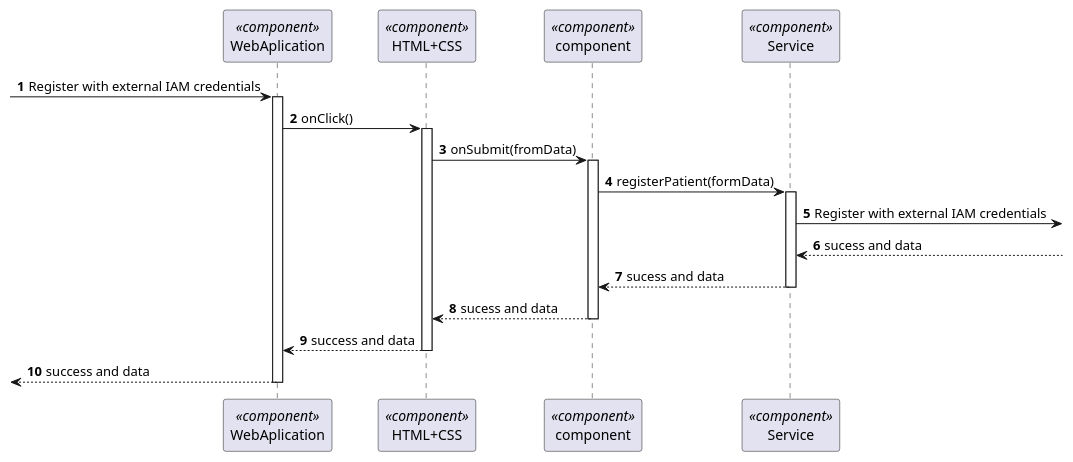
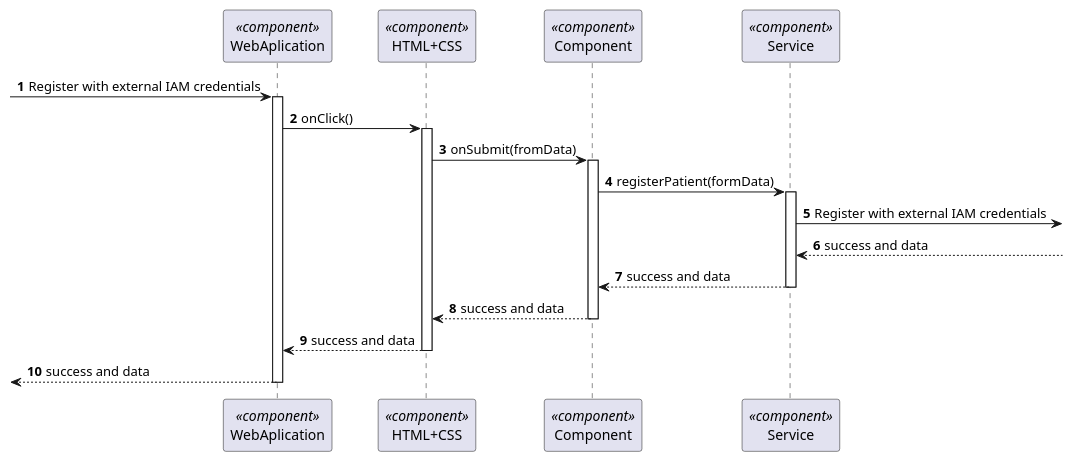
One commit to Ana-Miguel-Silva/SurgicalAppointmentAndResourceManagement changed the diagram in docs/BackofficeModule/6.2.1/sequence-diagram-3.puml. Above: the diagram before and after it, drawn with PlantUML. The commit also changed 29 other files, not shown here.

```diff
--- a/docs/BackofficeModule/6.2.1/sequence-diagram-3.puml
+++ b/docs/BackofficeModule/6.2.1/sequence-diagram-3.puml
@@ -1,47 +1,47 @@
 @startuml 5.1.3
 skinparam packageStyle rectangle
 skinparam shadowing false
 
 autonumber
 
 participant "WebAplication" as FE <<component>>
 participant "HTML+CSS" as HT <<component>>
-participant "component" as CM <<component>>
+participant "Component" as CM <<component>>
 participant "Service" as SERV <<component>>
 
 
 
 
 
 -> FE : Register with external IAM credentials
 activate FE
 
 FE -> HT : onClick()
 activate HT
 
 HT -> CM : onSubmit(fromData)
 activate CM
 
 CM -> SERV : registerPatient(formData)
 activate SERV
 
 SERV -> : Register with external IAM credentials
 
- SERV <--: sucess and data
+ SERV <--: success and data
 
 
- SERV--> CM : sucess and data
+ SERV--> CM : success and data
 
 deactivate  SERV
 
- CM --> HT : sucess and data
+ CM --> HT : success and data
   deactivate CM
  HT --> FE : success and data
 
 deactivate HT
 
 
 <-- FE   : success and data
 deactivate FE
 
 @enduml
```
